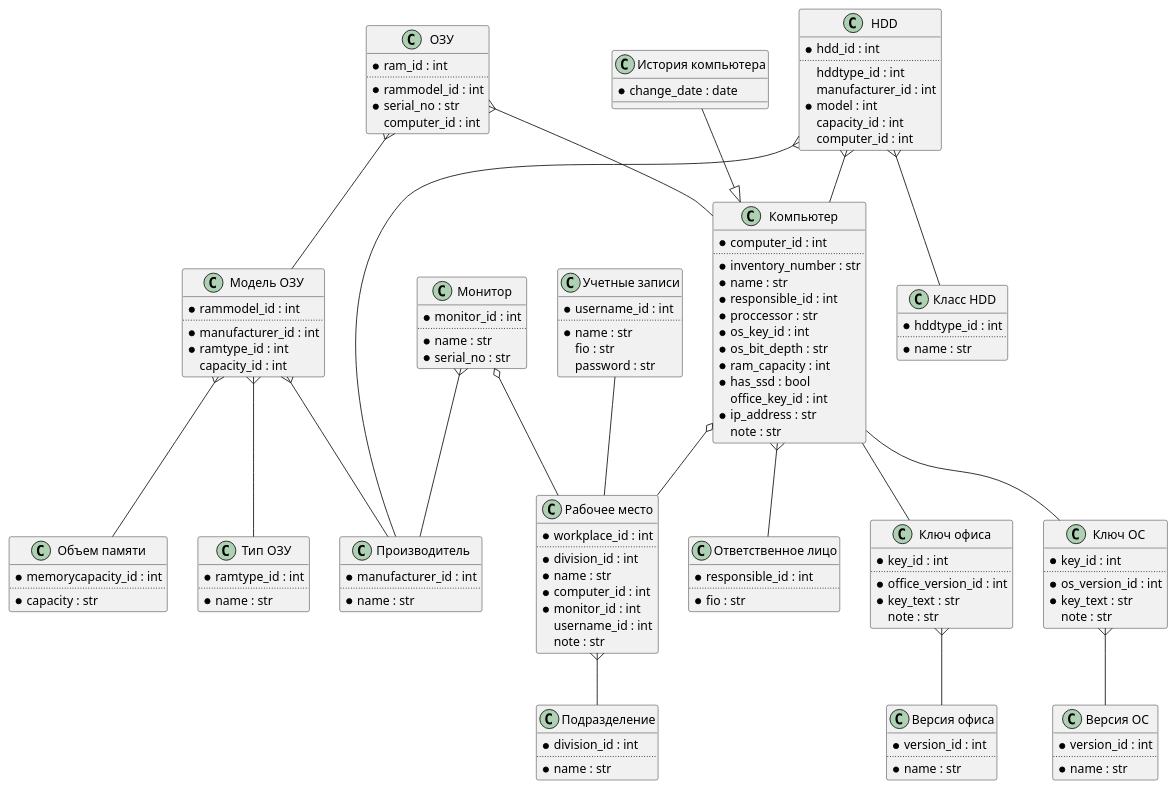
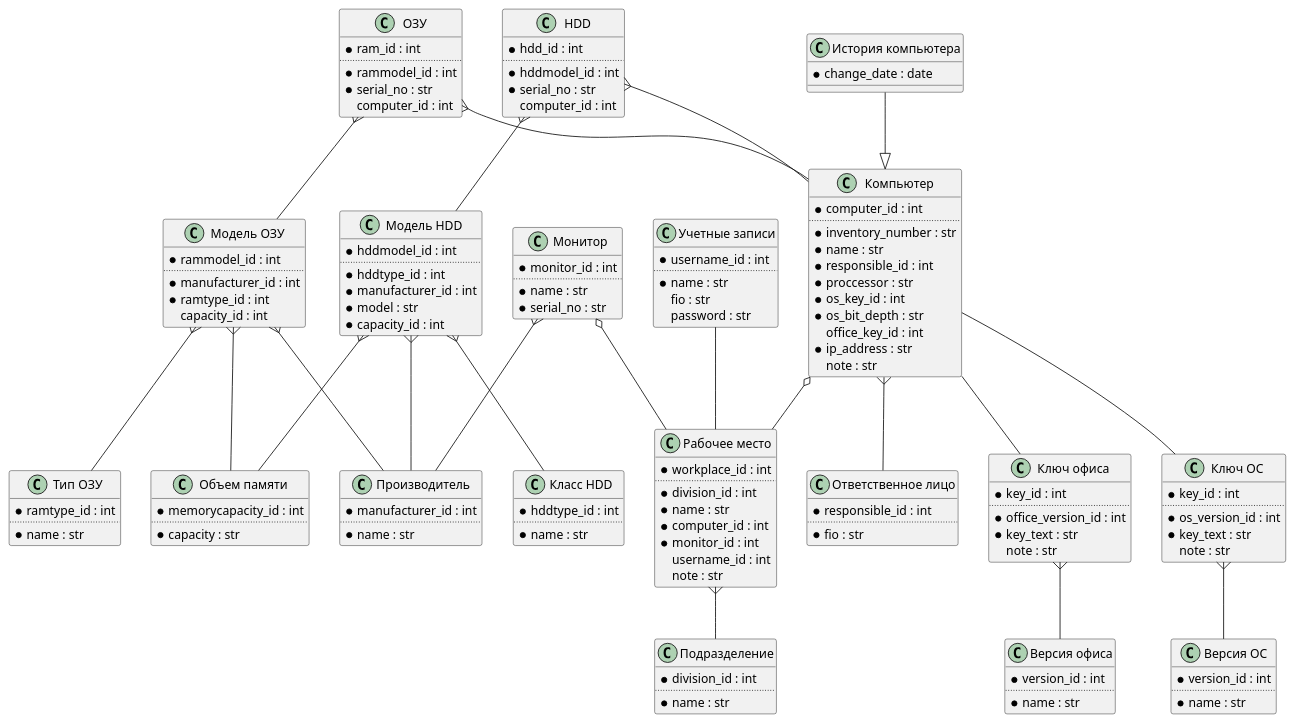
One commit to IamEvrik/ipce changed the diagram in database.plantuml. Above: the diagram before and after it, drawn with PlantUML. The commit also changed 5 other files, not shown here.

Commit message:
Add HDD model

```diff
--- a/database.plantuml
+++ b/database.plantuml
@@ -1,160 +1,166 @@
 @startuml
 
 class "Версия офиса" as OfficeVersion {
 	{field} *version_id : int
 	..
 	{field} *name : str
 }
 
 class "Ключ офиса" as OfficeKey {
 	{field} *key_id : int
 	..
 	{field} *office_version_id : int
 	{field} *key_text : str
 	{field} note : str
 }
 
 class "Версия ОС" as OSVersion {
 	{field} *version_id : int
 	..
 	{field} *name : str
 }
 
 class "Ключ ОС" as OSKey {
 	{field} *key_id : int
 	..
 	{field} *os_version_id : int
 	{field} *key_text : str
 	{field} note : str
 }
 
 class "Подразделение" as Division {
 	{field} *division_id : int
 	..
 	{field} *name : str
 }
 
 class "Рабочее место" as WorkPlace {
 	{field} *workplace_id : int
 	..
 	{field} *division_id : int
 	{field} *name : str
 	{field} *computer_id : int
 	{field} *monitor_id : int
 	{field} username_id : int
 	{field} note : str
 } 
 
 class "Компьютер" as Computer {
 	{field} *computer_id : int
 	..
 	{field} *inventory_number : str
 	{field} *name : str
 	{field} *responsible_id : int
 	{field} *proccessor : str
 	{field} *os_key_id : int
 	{field} *os_bit_depth : str
-	{field} *ram_capacity : int
-	{field} *has_ssd : bool
 	{field} office_key_id : int
 	{field} *ip_address : str
 	{field} note : str
 }	
 
 class "История компьютера" as ComputerHistory {
 	{field} *change_date : date
 }
 
 class "Монитор" as Monitor {
 	{field} *monitor_id : int
 	..
 	{field} *name : str
 	{field} *serial_no : str
 }
 
 class "Учетные записи" as UserName {
 	{field} *username_id : int
 	..
 	{field} *name : str
 	{field} fio : str
 	{field} password : str
 }
 
 class "Ответственное лицо" as Responsible {
 	{field} *responsible_id : int
 	..
 	{field} *fio : str
 } 
 		
 class "Производитель" as Manufacturer {
 	{field} *manufacturer_id : int
 	..
 	{field} *name : str
 }
 
 class "Тип ОЗУ" as RAMType {
 	{field} *ramtype_id : int
 	..
 	{field} *name : str
 }
 
 class "Объем памяти" as MemoryCapacity {
 	{field} *memorycapacity_id : int
 	..
 	{field} *capacity : str	
 }
 
 class "ОЗУ" as RAM {
 	{field} *ram_id : int
 	..
 	{field} *rammodel_id : int
 	{field} *serial_no : str
 	{field} computer_id : int
 }
 
 class "Класс HDD" as HDDType {
 	{field} *hddtype_id : int
 	..
 	{field} *name : str
 }
 
 class "HDD" as HDD {
 	{field} *hdd_id : int
 	..
-	{field} hddtype_id : int
-	{field} manufacturer_id : int
-	{field} *model : int
-	{field} capacity_id : int
+	{field} *hddmodel_id : int
+	{field} *serial_no : str
 	{field} computer_id : int
 }
 
 class "Модель ОЗУ" as RAMModel {
 	{field} *rammodel_id : int
 	..
 	{field} *manufacturer_id : int
 	{field} *ramtype_id : int
 	{field} capacity_id : int
 }
 
+class "Модель HDD" as HDDModel {
+	{field} *hddmodel_id : int
+	..
+	{field} *hddtype_id : int
+	{field} *manufacturer_id : int
+	{field} *model : str
+	{field} *capacity_id : int	
+}
 
 OfficeKey }-- OfficeVersion
 OSKey }-- OSVersion
 WorkPlace }-- Division	
 Computer -- OSKey
 Computer -- OfficeKey
 Computer o-- WorkPlace	
 Computer }-- Responsible
 ComputerHistory --|> Computer
 Monitor o-- WorkPlace
 Monitor }-- Manufacturer
 UserName -- WorkPlace
 RAMModel }-- RAMType
 RAMModel }-- MemoryCapacity
 RAMModel }-- Manufacturer
 RAM }-- RAMModel
 RAM }-- Computer
-HDD }-- HDDType
+HDDModel }-- HDDType
 HDD }-- Computer	
-HDD }-- Manufacturer
+HDDModel }-- Manufacturer
+HDDModel }-- MemoryCapacity
+HDD }-- HDDModel	
 
 @enduml
```
